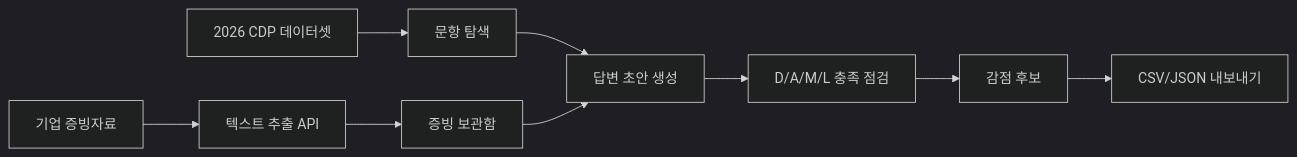
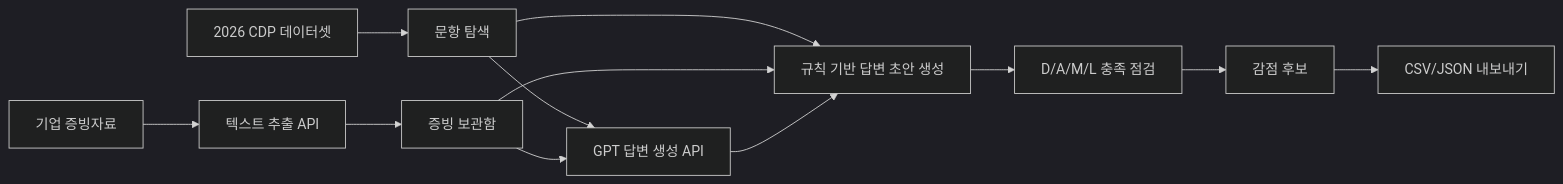
Before and after one commit to 24josh4281/cdp-writer-2026: the diagram in docs/02-design/features/cdp-writer-integrated-homepage.design.md, drawn with Mermaid (dark theme). The commit also changed other lines of this file and 9 other files, not shown here.

Commit message:
Add public static deployment and GPT draft API

````diff
--- a/docs/02-design/features/cdp-writer-integrated-homepage.design.md
+++ b/docs/02-design/features/cdp-writer-integrated-homepage.design.md
@@ -13,11 +13,14 @@
 ```mermaid
 flowchart LR
   A["2026 CDP 데이터셋"] --> B["문항 탐색"]
   C["기업 증빙자료"] --> D["텍스트 추출 API"]
   D --> E["증빙 보관함"]
-  B --> F["답변 초안 생성"]
+  B --> F["규칙 기반 답변 초안 생성"]
+  B --> J["GPT 답변 생성 API"]
   E --> F
+  E --> J
+  J --> F
   F --> G["D/A/M/L 충족 점검"]
   G --> H["감점 후보"]
   H --> I["CSV/JSON 내보내기"]
 ```
````
